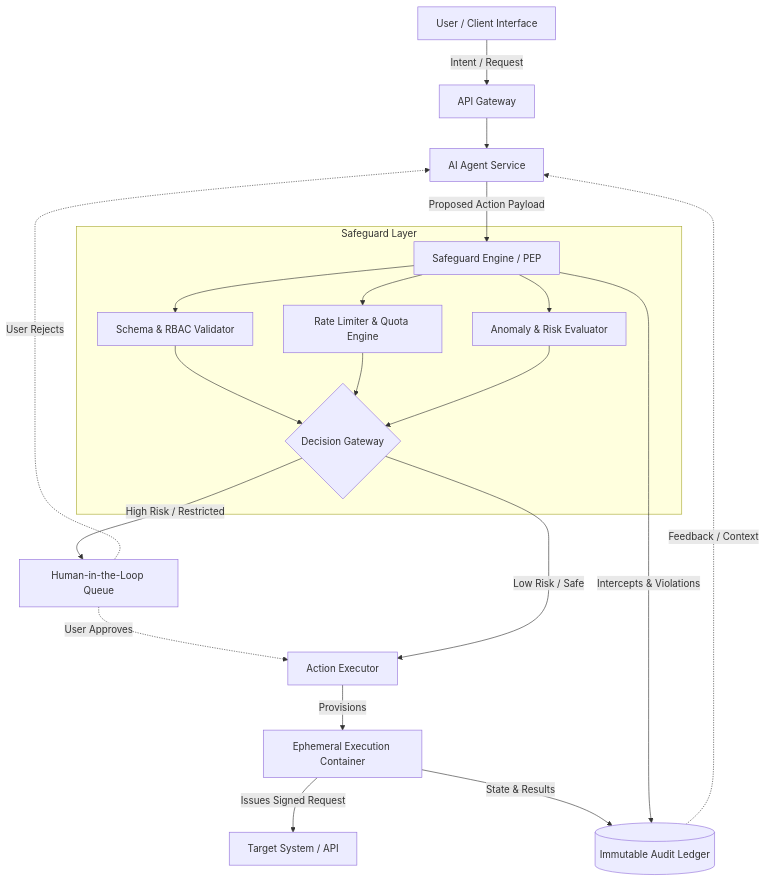
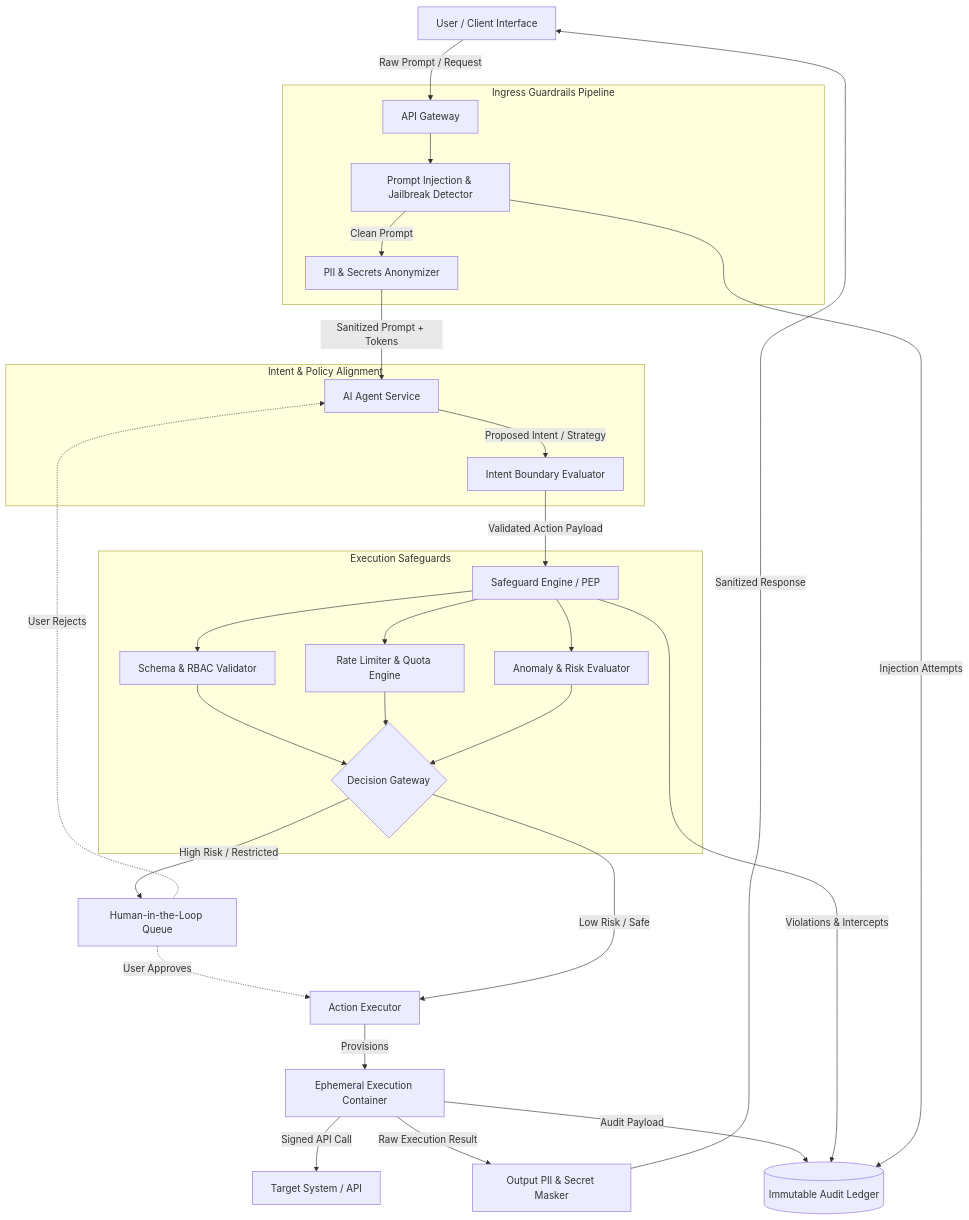
One commit to AdrianTorjKobza/System_Design changed the diagram in Design_Safeguards_for_an_AI_System_that_can_Take_Actions_on_Behalf_of_a_User.md. Above: the diagram before and after it, drawn with Mermaid. The commit also changed other lines of this file, not shown here.

````diff
--- a/Design_Safeguards_for_an_AI_System_that_can_Take_Actions_on_Behalf_of_a_User.md
+++ b/Design_Safeguards_for_an_AI_System_that_can_Take_Actions_on_Behalf_of_a_User.md
@@ -10,33 +13,47 @@
 ```mermaid
 graph TD
-    %% Core Services
-    U[User / Client Interface] -->|Intent / Request| API[API Gateway]
-    API --> AI[AI Agent Service]
+    %% User & Ingress Layer
+    U[User / Client Interface] -->|Raw Prompt / Request| API[API Gateway]
     
-    %% Safeguard Engine (The Shield)
-    AI -->|Proposed Action Payload| SE[Safeguard Engine / PEP]
+    subgraph Ingress Guardrails Pipeline
+        API --> InjectionFilter[Prompt Injection & Jailbreak Detector]
+        InjectionFilter -->|Clean Prompt| PIIMasker[PII & Secrets Anonymizer]
+    end
     
-    subgraph Safeguard Layer
+    %% AI Reasoning & Intent Layer
+    PIIMasker -->|Sanitized Prompt + Tokens| AI[AI Agent Service]
+    
+    subgraph Intent & Policy Alignment
+        AI -->|Proposed Intent / Strategy| IntentVal[Intent Boundary Evaluator]
+    end
+
+    %% Safeguard Layer (PEP)
+    IntentVal -->|Validated Action Payload| SE[Safeguard Engine / PEP]
+    
+    subgraph Execution Safeguards
         SE --> Val[Schema & RBAC Validator]
         SE --> RL[Rate Limiter & Quota Engine]
         SE --> AD[Anomaly & Risk Evaluator]
         
         Val --> Gate{Decision Gateway}
         RL --> Gate
         AD --> Gate
     end
     
     %% Approval & Execution Layer
     Gate -->|High Risk / Restricted| HITL[Human-in-the-Loop Queue]
     HITL -.->|User Approves| Exec[Action Executor]
     HITL -.->|User Rejects| AI
     Gate -->|Low Risk / Safe| Exec
     
     Exec -->|Provisions| Sandbox[Ephemeral Execution Container]
-    Sandbox -->|Issues Signed Request| Target[Target System / API]
+    Sandbox -->|Signed API Call| Target[Target System / API]
     
-    %% Observability Layer
-    Sandbox -->|State & Results| AL[(Immutable Audit Ledger)]
-    SE -->|Intercepts & Violations| AL
-    AL -.->|Feedback / Context| AI
+    %% Output Egress & Observability
+    Sandbox -->|Raw Execution Result| OutMask[Output PII & Secret Masker]
+    OutMask -->|Sanitized Response| U
+    
+    Sandbox -->|Audit Payload| AL[(Immutable Audit Ledger)]
+    SE -->|Violations & Intercepts| AL
+    InjectionFilter -->|Injection Attempts| AL
 ```
````
